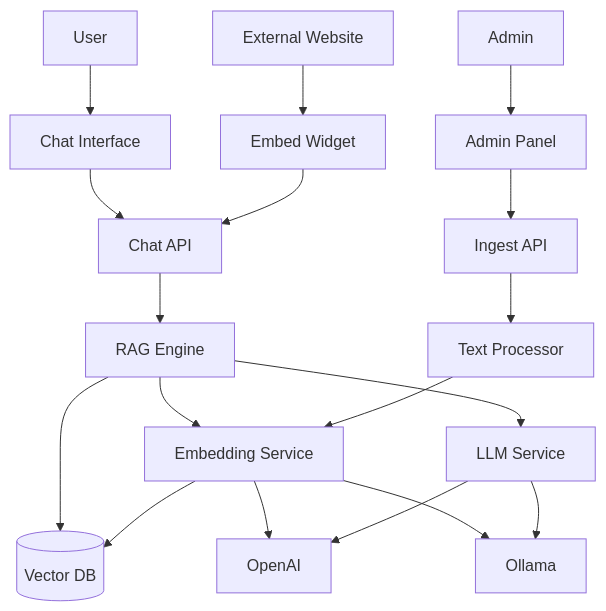
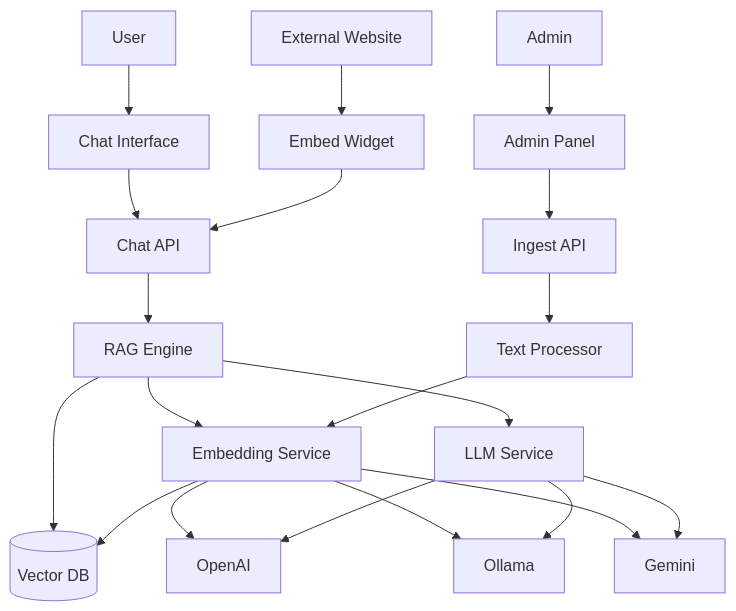
One commit to The-Atul-Sharma/KnowledgeBase-ai changed the first of 2 diagrams in README.md. Above: the diagram before and after it, drawn with Mermaid. The commit also changed other lines of this file and 15 other files, not shown here.

````diff
--- a/README.md
+++ b/README.md
@@ -22,25 +22,27 @@
 ```mermaid
 graph TB
     User[User] --> ChatUI[Chat Interface]
     Admin[Admin] --> AdminUI[Admin Panel]
     Website[External Website] --> EmbedWidget[Embed Widget]
 
     ChatUI --> ChatAPI[Chat API]
     AdminUI --> IngestAPI[Ingest API]
     EmbedWidget --> ChatAPI
 
     ChatAPI --> RAGEngine[RAG Engine]
     IngestAPI --> TextProcessor[Text Processor]
 
     RAGEngine --> EmbeddingService[Embedding Service]
     RAGEngine --> VectorDB[(Vector DB)]
     RAGEngine --> LLMService[LLM Service]
 
     TextProcessor --> EmbeddingService
     EmbeddingService --> VectorDB
 
     EmbeddingService --> OpenAI[OpenAI]
     EmbeddingService --> Ollama[Ollama]
+    EmbeddingService --> Gemini[Gemini]
     LLMService --> OpenAI
     LLMService --> Ollama
+    LLMService --> Gemini
 ```
````
